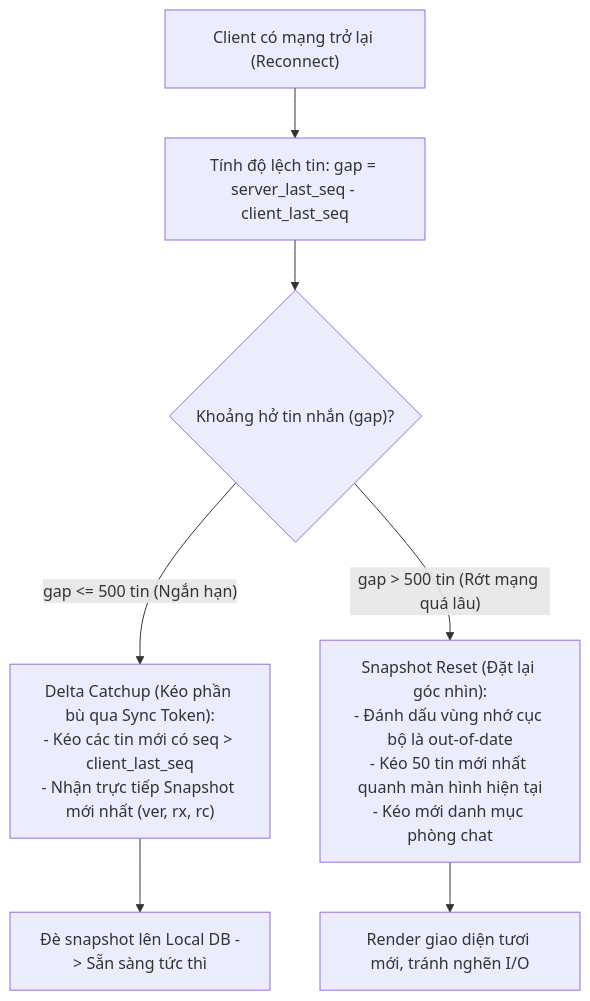
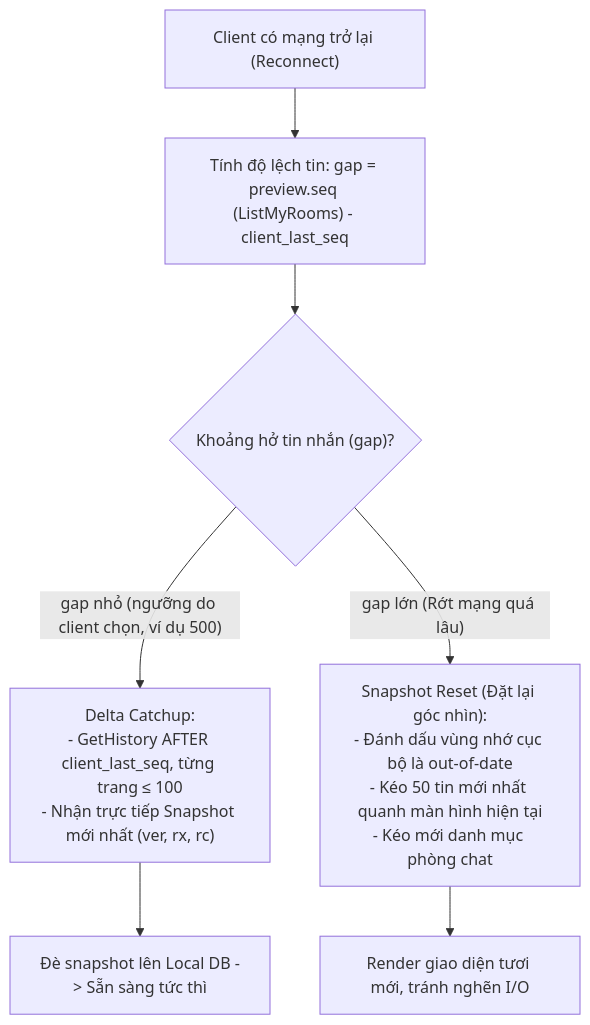
Before and after one commit to ivannguyendev/chatim: the third of 3 diagrams in docs/modules/08-feature-history-retrieval-and-sync.md, drawn with Mermaid. The commit also changed other lines of this file and 12 other files, not shown here.

````diff
--- a/docs/modules/08-feature-history-retrieval-and-sync.md
+++ b/docs/modules/08-feature-history-retrieval-and-sync.md
@@ -100,11 +98,11 @@
 ```mermaid
 flowchart TD
-    ClientOnline["Client có mạng trở lại (Reconnect)"] --> CalcGap["Tính độ lệch tin: gap = server_last_seq - client_last_seq"]
+    ClientOnline["Client có mạng trở lại (Reconnect)"] --> CalcGap["Tính độ lệch tin: gap = preview.seq (ListMyRooms) - client_last_seq"]
     CalcGap --> CheckGap{"Khoảng hở tin nhắn (gap)?"}
 
-    CheckGap -- "gap <= 500 tin (Ngắn hạn)" --> FastDelta["Delta Catchup (Kéo phần bù qua Sync Token):<br/>- Kéo các tin mới có seq > client_last_seq<br/>- Nhận trực tiếp Snapshot mới nhất (ver, rx, rc)"]
+    CheckGap -- "gap nhỏ (ngưỡng do client chọn, ví dụ 500)" --> FastDelta["Delta Catchup:<br/>- GetHistory AFTER client_last_seq, từng trang ≤ 100<br/>- Nhận trực tiếp Snapshot mới nhất (ver, rx, rc)"]
     FastDelta --> ApplyLocal["Đè snapshot lên Local DB -> Sẵn sàng tức thì"]
 
-    CheckGap -- "gap > 500 tin (Rớt mạng quá lâu)" --> SnapshotReset["Snapshot Reset (Đặt lại góc nhìn):<br/>- Đánh dấu vùng nhớ cục bộ là out-of-date<br/>- Kéo 50 tin mới nhất quanh màn hình hiện tại<br/>- Kéo mới danh mục phòng chat"]
+    CheckGap -- "gap lớn (Rớt mạng quá lâu)" --> SnapshotReset["Snapshot Reset (Đặt lại góc nhìn):<br/>- Đánh dấu vùng nhớ cục bộ là out-of-date<br/>- Kéo 50 tin mới nhất quanh màn hình hiện tại<br/>- Kéo mới danh mục phòng chat"]
     SnapshotReset --> FreshView["Render giao diện tươi mới, tránh nghẽn I/O"]
 ```
````
